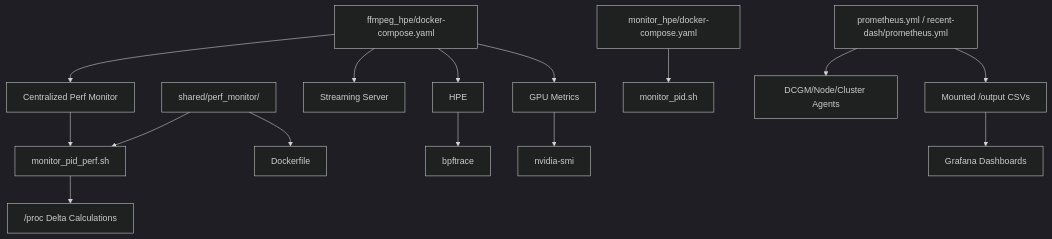
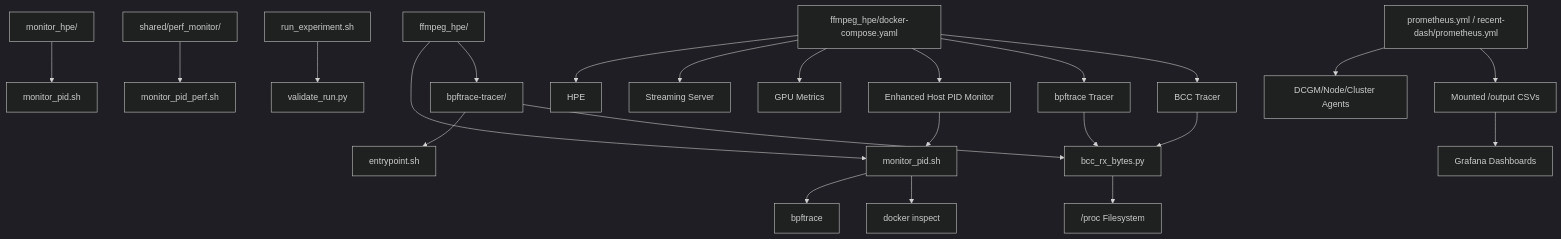
One commit to Fogus-Gr/MeasurementsDTs changed diagram 13 of 14 in .qoder/repowiki/en/content/Monitoring and Analytics/Performance Monitoring.md. Above: the diagram before and after it, drawn with Mermaid (dark theme). The commit also changed other lines of this file and 11 other files, not shown here.

````diff
--- a/.qoder/repowiki/en/content/Monitoring and Analytics/Performance Monitoring.md
+++ b/.qoder/repowiki/en/content/Monitoring and Analytics/Performance Monitoring.md
@@ -320,17 +467,25 @@
 ```mermaid
 graph TB
-SH["shared/perf_monitor/"] --> MON["monitor_pid_perf.sh"]
-SH --> DF["Dockerfile"]
+FH["ffmpeg_hpe/"] --> MON["monitor_pid.sh"]
+FH --> BPF["bpftrace-tracer/"]
+BPF --> ENT["entrypoint.sh"]
+BPF --> BCC["bcc_rx_bytes.py"]
+MH["monitor_hpe/"] --> MON2["monitor_pid.sh"]
+SH["shared/perf_monitor/"] --> MON3["monitor_pid_perf.sh"]
+RE["run_experiment.sh"] --> VALID["validate_run.py"]
 DC["ffmpeg_hpe/docker-compose.yaml"] --> HPE["HPE"]
 DC --> STR["Streaming Server"]
 DC --> GPU["GPU Metrics"]
-DC --> PM["Centralized Perf Monitor"]
+DC --> PM["Enhanced Host PID Monitor"]
+DC --> BPFTR["bpftrace Tracer"]
+DC --> BCCTR["BCC Tracer"]
 PM --> MON
-MON --> PROC["/proc Delta Calculations"]
-MH["monitor_hpe/docker-compose.yaml"] --> MON2["monitor_pid.sh"]
-HPE --> BPF["bpftrace"]
-GPU --> NSMI["nvidia-smi"]
+BPFTR --> BCC
+BCCTR --> BCC
+MON --> BPFTrace["bpftrace"]
+MON --> DockerInspect["docker inspect"]
+BCC --> ProcFS["/proc Filesystem"]
 PROM["prometheus.yml / recent-dash/prometheus.yml"] --> EXP["DCGM/Node/Cluster Agents"]
 PROM --> OUT["Mounted /output CSVs"]
 OUT --> GRAF["Grafana Dashboards"]
 ```
````
